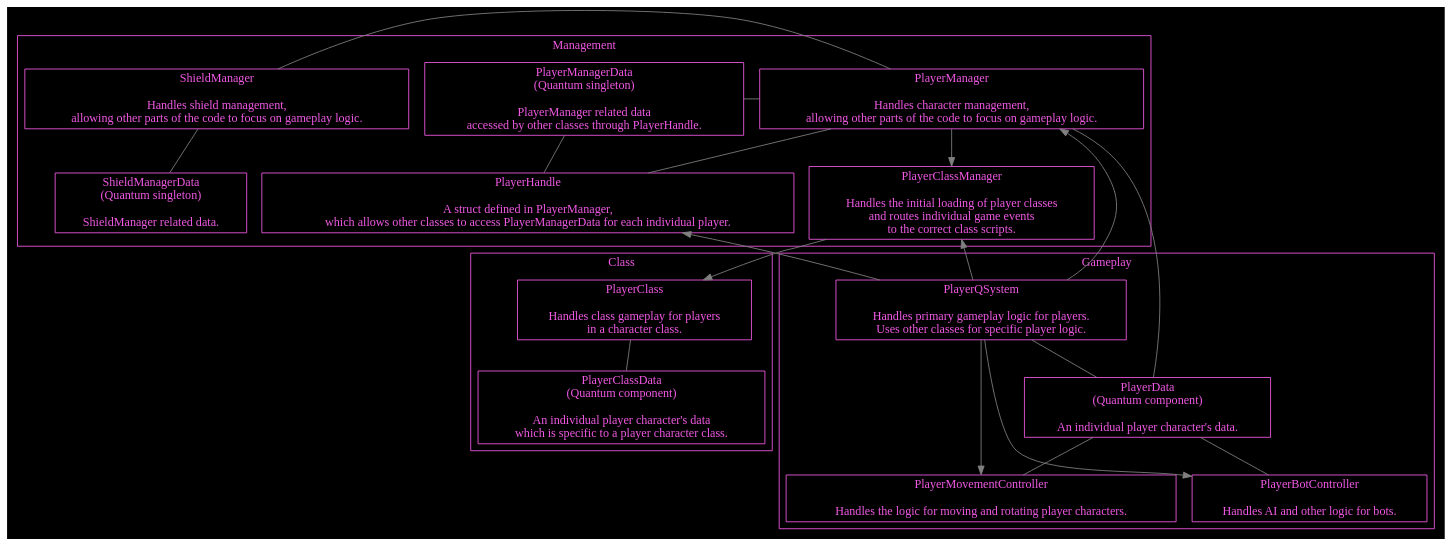
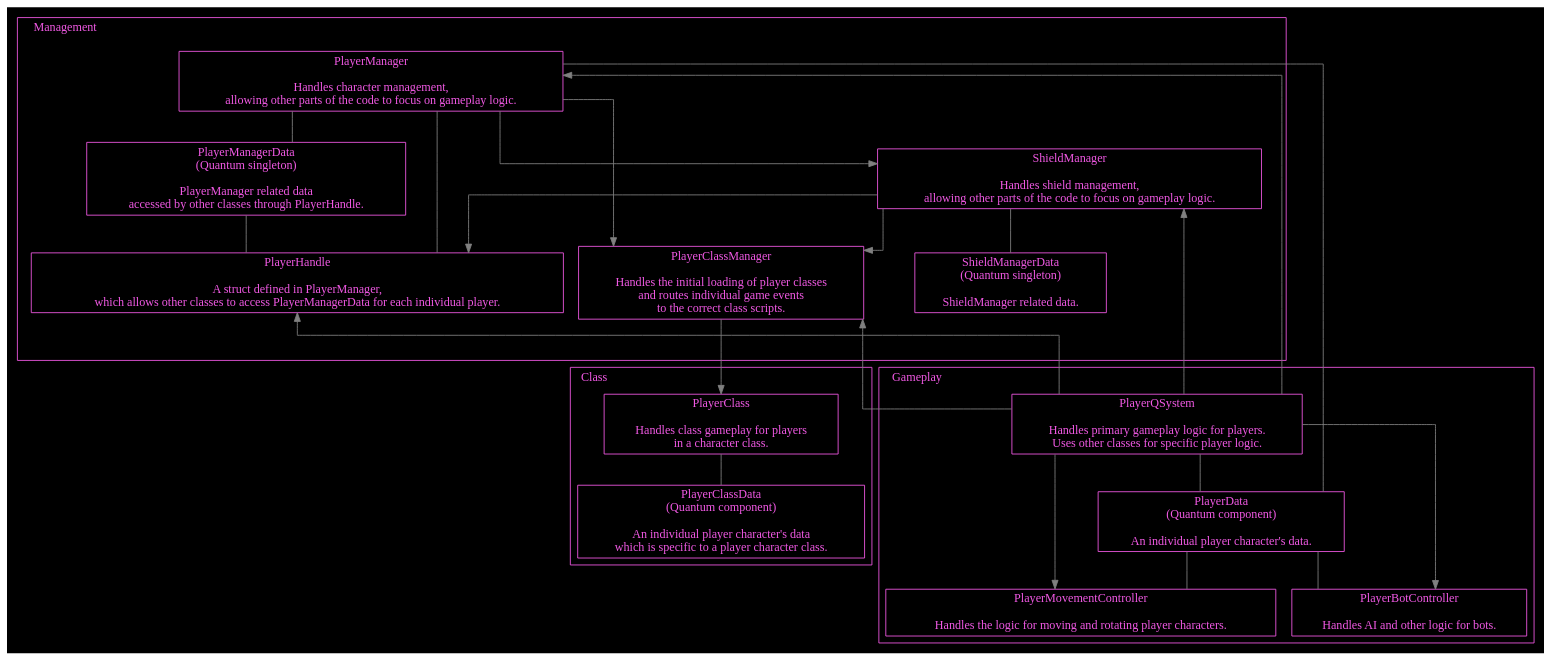
One commit to Alt-Org/Altzone changed the eighth of 9 diagrams in Doc/Doxygen/Battle/additional-documentation/pages/1-concepts-player-.md. Above: the diagram before and after it, drawn with Graphviz. The commit also changed other lines of this file and 9 other files, not shown here.

````diff
--- a/Doc/Doxygen/Battle/additional-documentation/pages/1-concepts-player-.md
+++ b/Doc/Doxygen/Battle/additional-documentation/pages/1-concepts-player-.md
@@ -441,57 +454,96 @@
   color=white;
   fontcolor=white;
   bgcolor=black;
+  splines=ortho;
+  
 
   node [shape=box, style=filled, color="#F159E4", fontcolor="#F159E4", fillcolor=black];
   edge [color=gray];
 
+  subgraph cluster_gameplay{
+    color="#F159E4";
+    fontcolor="#F159E4";
+    label = "Gameplay";
+    labeljust="l"
+
+    cluster_gameplay_node_top [shape=point, style=invis];
+
+    PlayerQSystem            [label="PlayerQSystem\n\nHandles primary gameplay logic for players.\nUses other classes for specific player logic."];
+    PlayerMovementController [label="PlayerMovementController\n\nHandles the logic for moving and rotating player characters."];
+    PlayerBotController      [label="PlayerBotController\n\nHandles AI and other logic for bots."];
+    PlayerData               [label="PlayerData\n(Quantum component)\n\nAn individual player character's data."];
+
+    PlayerQSystem -> PlayerMovementController, PlayerBotController [constraint=false];
+  }
   subgraph cluster_management{
     color="#F159E4";
     fontcolor="#F159E4";
     label = "Management";
+    labeljust="l"
 
-    PlayerManager            [label="PlayerManager\n\nHandles character management,\nallowing other parts of the code to focus on gameplay logic."];
-    PlayerShieldManager      [label="ShieldManager\n\nHandles shield management, \nallowing other parts of the code to focus on gameplay logic."];
-    PlayerManagerData        [label="PlayerManagerData\n(Quantum singleton)\n\nPlayerManager related data\naccessed by other classes through PlayerHandle."];
-    PlayerShieldManagerData  [label="ShieldManagerData\n(Quantum singleton)\n\nShieldManager related data."];
+    LinkPlayerManagerClassManager [shape=point, style=invis];
+    cluster_management_node_bottom [shape=point, style=invis];
+
+    subgraph cluster_management_player{
+      color="transparent";
+      label = "";
+
+      PlayerManagerData        [label="PlayerManagerData\n(Quantum singleton)\n\nPlayerManager related data\naccessed by other classes through PlayerHandle."];
+      PlayerManager            [label="PlayerManager\n\nHandles character management,\nallowing other parts of the code to focus on gameplay logic."];
+      PlayerHandle             [label="PlayerHandle\n\nA struct defined in PlayerManager,\nwhich allows other classes to access PlayerManagerData for each individual player."];
+
+      edge [dir=none];
+
+      PlayerManager -> PlayerManagerData, PlayerHandle;
+      PlayerManagerData -> PlayerHandle;
+    }
+    subgraph cluster_management_shield{
+      color="transparent";
+      label = "";
+
+      PlayerShieldManager      [label="ShieldManager\n\nHandles shield management, \nallowing other parts of the code to focus on gameplay logic."];
+      PlayerShieldManagerData  [label="ShieldManagerData\n(Quantum singleton)\n\nShieldManager related data."];
+
+      PlayerShieldManager -> PlayerShieldManagerData [dir=none];
+    }
+
     PlayerClassManager       [label="PlayerClassManager\n\nHandles the initial loading of player classes\nand routes individual game events\nto the correct class scripts."];
-    PlayerHandle             [label="PlayerHandle\n\nA struct defined in PlayerManager,\nwhich allows other classes to access PlayerManagerData for each individual player."];
+
+    edge [dir=forwards];
+
+    PlayerManager -> PlayerShieldManager [constraint=false];
+    PlayerManager -> LinkPlayerManagerClassManager -> PlayerClassManager [style=invis];
+    PlayerManager-> PlayerClassManager [constraint=false];
+    PlayerShieldManager -> PlayerHandle, PlayerClassManager;
   }
   subgraph cluster_class{
     color="#F159E4";
     fontcolor="#F159E4";
     label = "Class";
+    labeljust="l"
+
+    cluster_class_node_top [shape=point, style=invis];
 
     PlayerClass              [label="PlayerClass\n\nHandles class gameplay for players\nin a character class."];
     PlayerClassData          [label="PlayerClassData\n(Quantum component)\n\nAn individual player character's data\nwhich is specific to a player character class."];
+
+    PlayerClass -> PlayerClassData [dir=none];
   }
-  subgraph cluster_gameplay{
-    color="#F159E4";
-    fontcolor="#F159E4";
-    label = "Gameplay";
-
-    PlayerQSystem            [label="PlayerQSystem\n\nHandles primary gameplay logic for players.\nUses other classes for specific player logic."];
-    PlayerMovementController [label="PlayerMovementController\n\nHandles the logic for moving and rotating player characters."];
-    PlayerBotController      [label="PlayerBotController\n\nHandles AI and other logic for bots."];
-    PlayerData               [label="PlayerData\n(Quantum component)\n\nAn individual player character's data."];
-  }
-
-  edge [dir=none];
-
-  PlayerManager -> PlayerManagerData, PlayerHandle, PlayerShieldManager [constraint = false];
-  PlayerShieldManager -> PlayerShieldManagerData;
-  PlayerManagerData -> PlayerHandle;
-
-  PlayerManager, PlayerQSystem -> PlayerData -> PlayerMovementController, PlayerBotController;
-  PlayerClass -> PlayerClassData;
 
   edge [dir=forwards];
 
-  PlayerManager -> PlayerClassManager -> PlayerClass;
-  PlayerQSystem -> PlayerMovementController, PlayerBotController;
+  PlayerClassManager -> PlayerClass;
+
+  PlayerManager, PlayerQSystem -> PlayerData -> PlayerMovementController, PlayerBotController [dir=none];
 
   edge [dir=back];
 
-  PlayerManager, PlayerHandle, PlayerClassManager -> PlayerQSystem;
+  PlayerManager, PlayerHandle, PlayerShieldManager -> PlayerQSystem;
+  PlayerClassManager -> PlayerQSystem [constraint=false];
+
+  edge [dir=forwards, constraint=true, style=invis];
+
+  PlayerHandle, PlayerShieldManagerData -> cluster_management_node_bottom;
+  cluster_management_node_bottom -> cluster_gameplay_node_top, cluster_class_node_top;
 }
 ```
````
